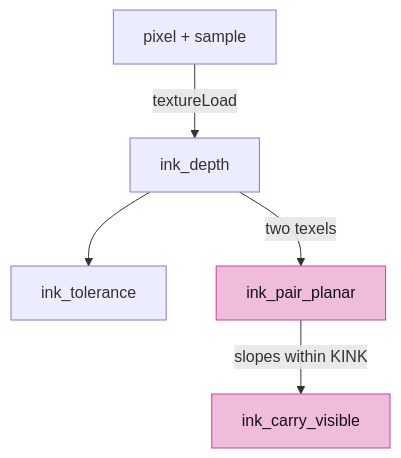
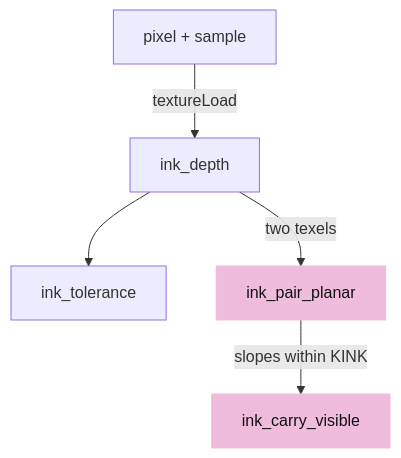
Before and after one commit to petrasvestartas/session: the sixth of 15 diagrams in session_viewer/docs/05-visibility.md, drawn with Mermaid. The commit also changed other lines of this file and 324 other files, not shown here.

````diff
--- a/session_viewer/docs/05-visibility.md
+++ b/session_viewer/docs/05-visibility.md
@@ -133,9 +143,9 @@
 ```mermaid
 flowchart TB
     P["pixel + sample"] -- "textureLoad" --> D["ink_depth"]
     D --> T["ink_tolerance"]
     D -- "two texels" --> N["ink_pair_planar"]
     N -- "slopes within KINK" --> C["ink_carry_visible"]
-    style N fill:#f0bcdb,stroke:#ce4095,color:#111
-    style C fill:#f0bcdb,stroke:#ce4095,color:#111
+    style N fill:#f0bcdb,stroke:#f0bcdb,color:#111
+    style C fill:#f0bcdb,stroke:#f0bcdb,color:#111
 ```
````
